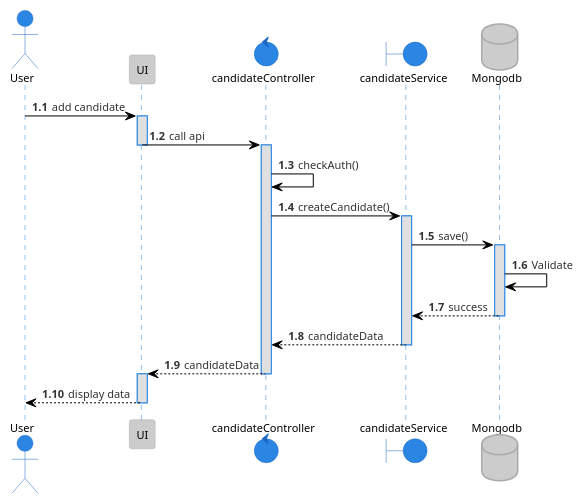
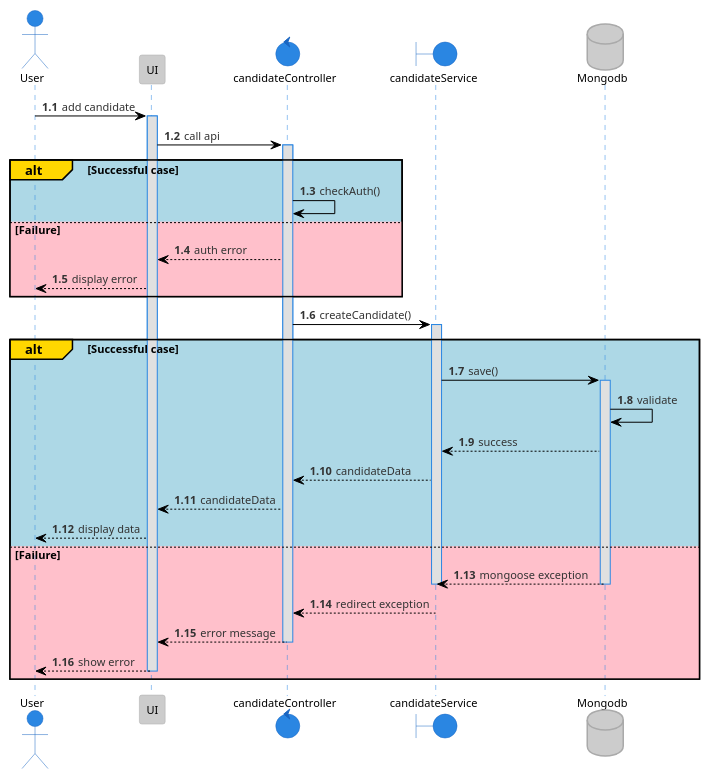
One commit to tuannm99/RMS changed the diagram in plantuml/sequence/candidate/addCandidate.puml. Above: the diagram before and after it, drawn with PlantUML. The commit also changed 1 other file, not shown here.

Commit message:
update - sequence

```diff
--- a/plantuml/sequence/candidate/addCandidate.puml
+++ b/plantuml/sequence/candidate/addCandidate.puml
@@ -1,33 +1,45 @@
 @startuml addCandidate
 !theme reddress-lightblue
 
 autonumber 1.1
 actor User
 participant UI
 control  candidateController
 boundary candidateService
 database Mongodb
 
 
 User -> UI: add candidate
 activate UI
 UI -> candidateController: call api
-deactivate UI
 activate candidateController
-candidateController -> candidateController: checkAuth()
+alt#Gold #LightBlue Successful case
+    candidateController -> candidateController: checkAuth()
+else #Pink Failure
+    candidateController --> UI: auth error
+    UI --> User: display error
+end
 candidateController -> candidateService: createCandidate()
 activate candidateService
-candidateService -> Mongodb: save()
-activate Mongodb
-Mongodb -> Mongodb: Validate
-Mongodb --> candidateService: success
-deactivate Mongodb
-candidateService --> candidateController: candidateData
-deactivate candidateService
-candidateController --> UI: candidateData
-deactivate candidateController
-activate UI
-UI --> User: display data
-deactivate UI
+
+alt#Gold #LightBlue Successful case
+    candidateService -> Mongodb: save()
+    activate Mongodb
+    Mongodb -> Mongodb: validate
+    Mongodb --> candidateService: success
+    candidateService --> candidateController: candidateData
+    candidateController --> UI: candidateData
+    UI --> User: display data
+else #Pink Failure
+    Mongodb --> candidateService: mongoose exception
+    deactivate candidateService
+    deactivate Mongodb
+    candidateService --> candidateController: redirect exception
+    candidateController --> UI: error message
+    deactivate candidateController
+    UI --> User: show error
+    deactivate Mongodb
+    deactivate UI
+end
 
 @enduml
```
